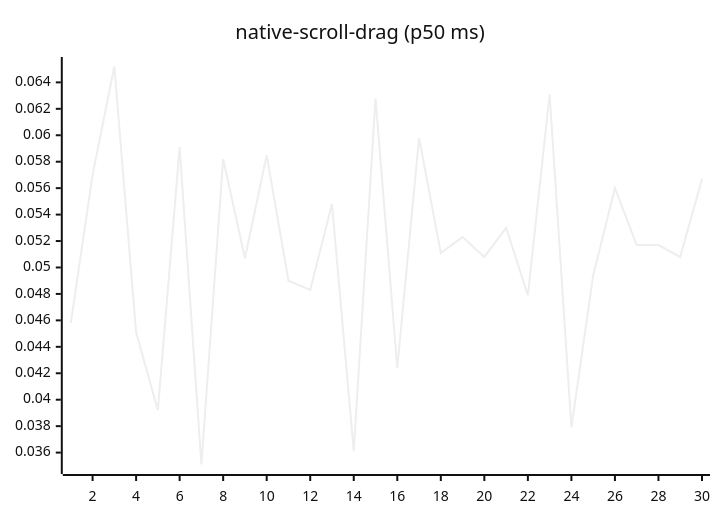
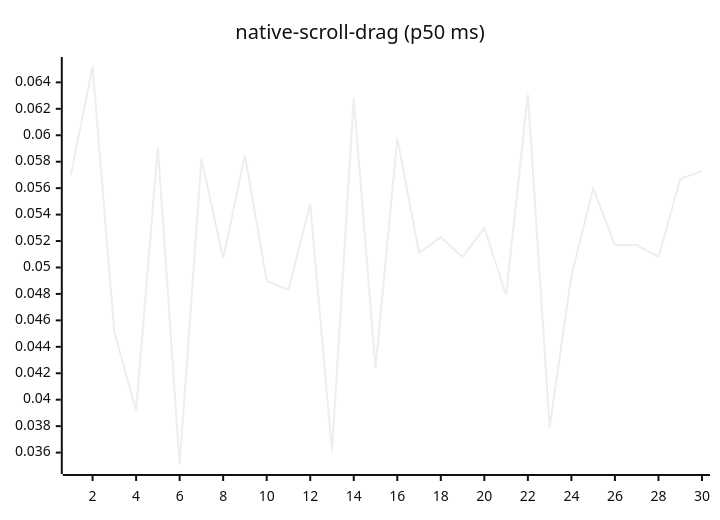
Diagram 14 of 27 in README.md (josha/Facet), drawn with Mermaid (neutral theme) before and after one commit. The commit also changed other lines of this file and 2 other files, not shown here.

````diff
--- a/README.md
+++ b/README.md
@@ -154,6 +154,6 @@
 ```mermaid
 xychart-beta
     title "native-scroll-drag (p50 ms)"
     x-axis 1 --> 30
-    line [0.0458, 0.0570, 0.0652, 0.0451, 0.0392, 0.0591, 0.0351, 0.0582, 0.0507, 0.0585, 0.0490, 0.0483, 0.0548, 0.0361, 0.0628, 0.0424, 0.0598, 0.0511, 0.0523, 0.0508, 0.0530, 0.0479, 0.0631, 0.0379, 0.0494, 0.0560, 0.0517, 0.0517, 0.0508, 0.0567]
+    line [0.0570, 0.0652, 0.0451, 0.0392, 0.0591, 0.0351, 0.0582, 0.0507, 0.0585, 0.0490, 0.0483, 0.0548, 0.0361, 0.0628, 0.0424, 0.0598, 0.0511, 0.0523, 0.0508, 0.0530, 0.0479, 0.0631, 0.0379, 0.0494, 0.0560, 0.0517, 0.0517, 0.0508, 0.0567, 0.0573]
 ```
````
